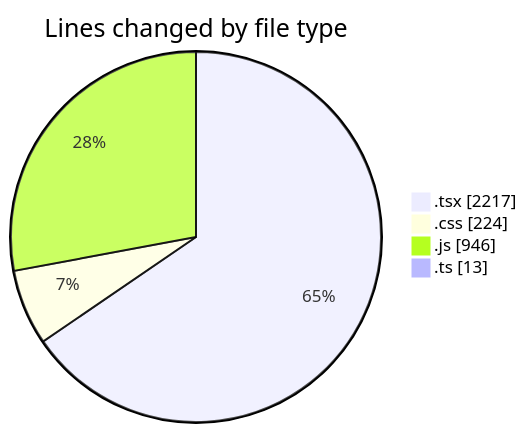
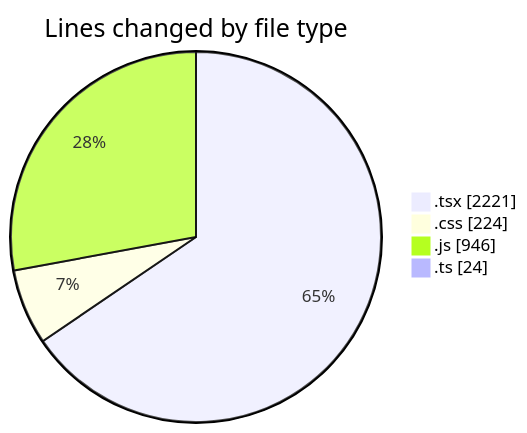
One commit to Elitesun/code-tracking changed the first of 2 diagrams in 2025-04-22/indesign/README.md. Above: the diagram before and after it, drawn with Mermaid. The commit also changed other lines of this file and 1 other file, not shown here.

````diff
--- a/2025-04-22/indesign/README.md
+++ b/2025-04-22/indesign/README.md
@@ -36,8 +37,8 @@
 ```mermaid
 pie showData
 title Lines changed by file type
-".tsx" : 2217
+".tsx" : 2221
 ".css" : 224
 ".js" : 946
-".ts" : 13
+".ts" : 24
 ```
````
